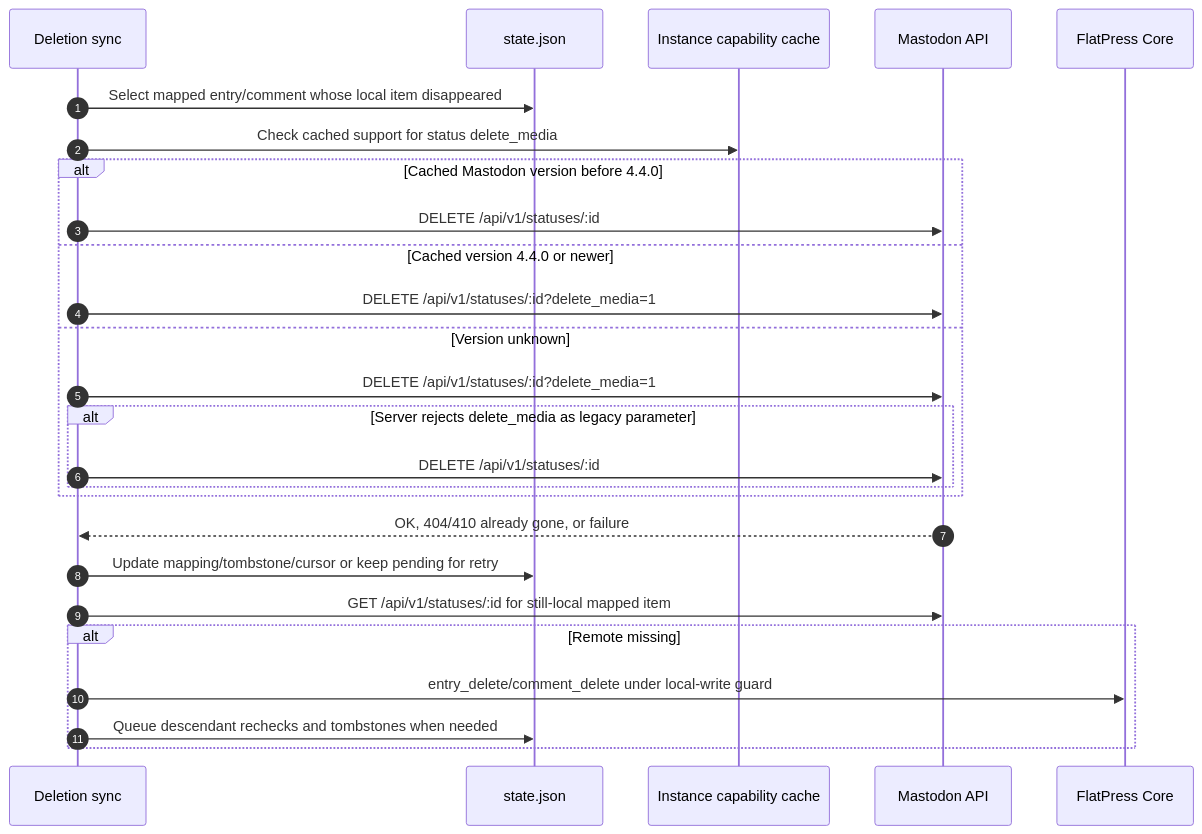
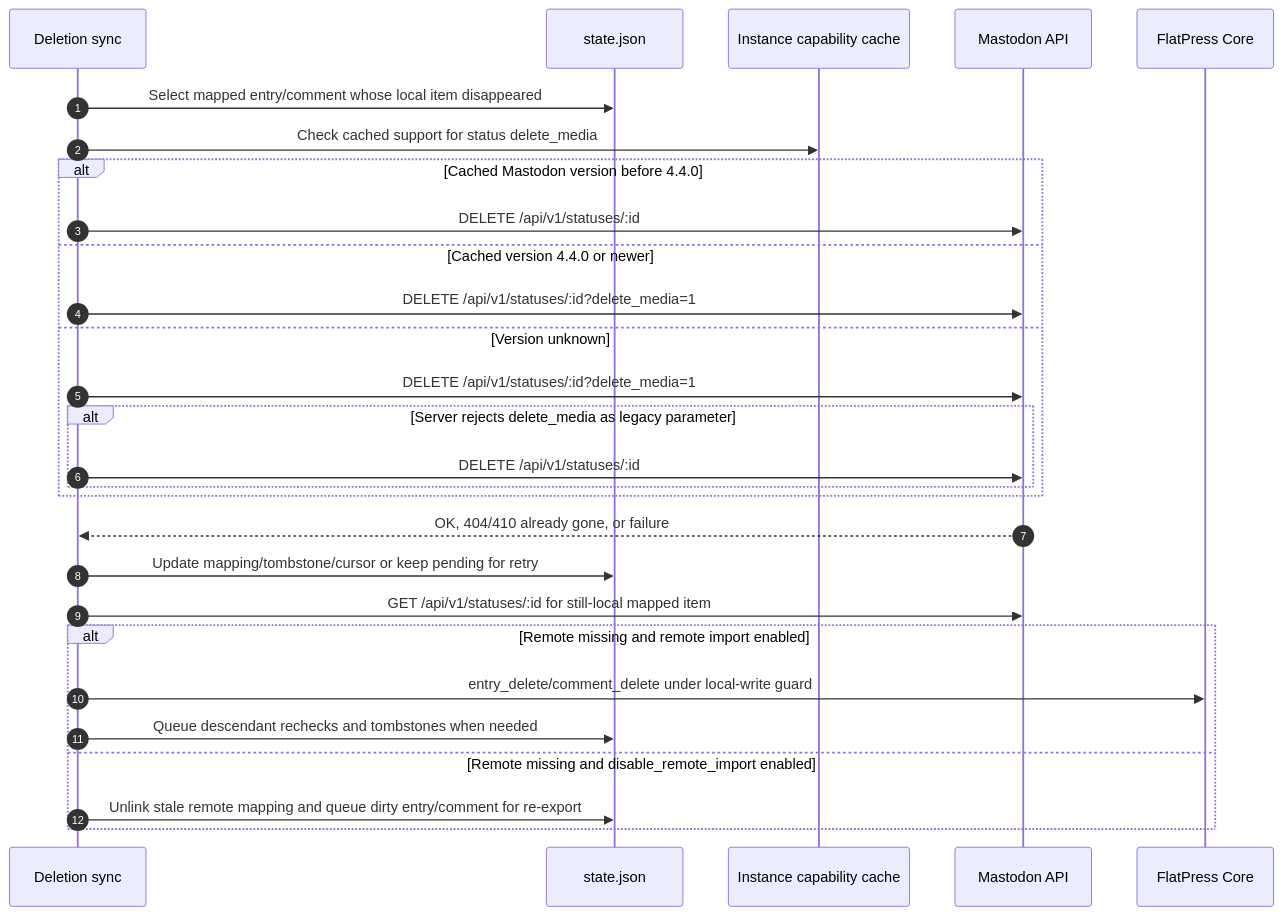
One commit to flatpressblog/flatpress changed diagram 28 of 43 in fp-plugins/mastodon/developer-docs/06-Process-Flow.md. Above: the diagram before and after it, drawn with Mermaid. The commit also changed other lines of this file and 26 other files, not shown here.

````diff
--- a/fp-plugins/mastodon/developer-docs/06-Process-Flow.md
+++ b/fp-plugins/mastodon/developer-docs/06-Process-Flow.md
@@ -972,30 +1029,32 @@
 ```mermaid
 sequenceDiagram
     autonumber
     participant Del as Deletion sync
     participant State as state.json
     participant Caps as Instance capability cache
     participant API as Mastodon API
     participant Core as FlatPress Core
 
     Del->>State: Select mapped entry/comment whose local item disappeared
     Del->>Caps: Check cached support for status delete_media
     alt Cached Mastodon version before 4.4.0
         Del->>API: DELETE /api/v1/statuses/:id
     else Cached version 4.4.0 or newer
         Del->>API: DELETE /api/v1/statuses/:id?delete_media=1
     else Version unknown
         Del->>API: DELETE /api/v1/statuses/:id?delete_media=1
         alt Server rejects delete_media as legacy parameter
             Del->>API: DELETE /api/v1/statuses/:id
         end
     end
     API-->>Del: OK, 404/410 already gone, or failure
     Del->>State: Update mapping/tombstone/cursor or keep pending for retry
 
     Del->>API: GET /api/v1/statuses/:id for still-local mapped item
-    alt Remote missing
+    alt Remote missing and remote import enabled
         Del->>Core: entry_delete/comment_delete under local-write guard
         Del->>State: Queue descendant rechecks and tombstones when needed
+    else Remote missing and disable_remote_import enabled
+        Del->>State: Unlink stale remote mapping and queue dirty entry/comment for re-export
     end
 ```
````
